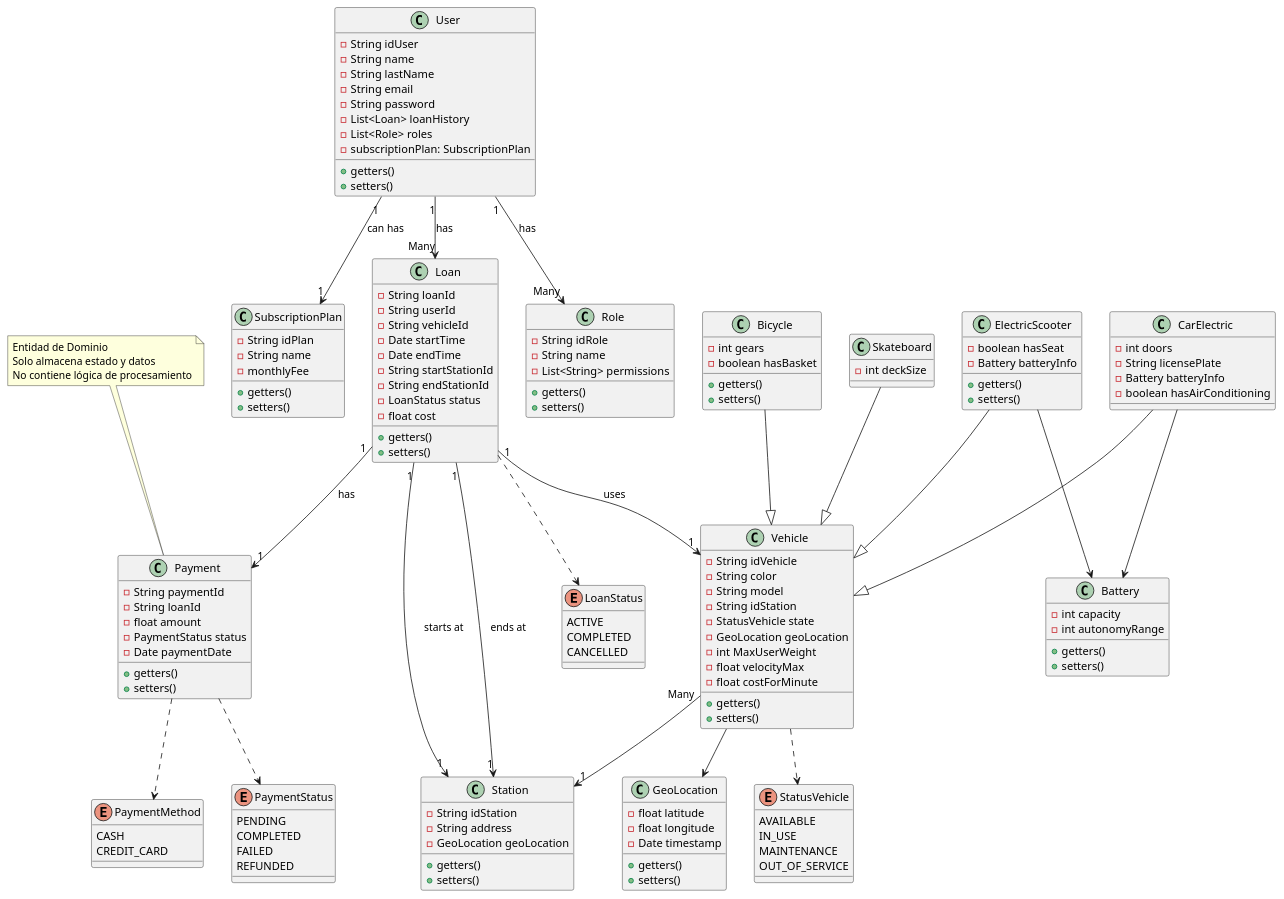
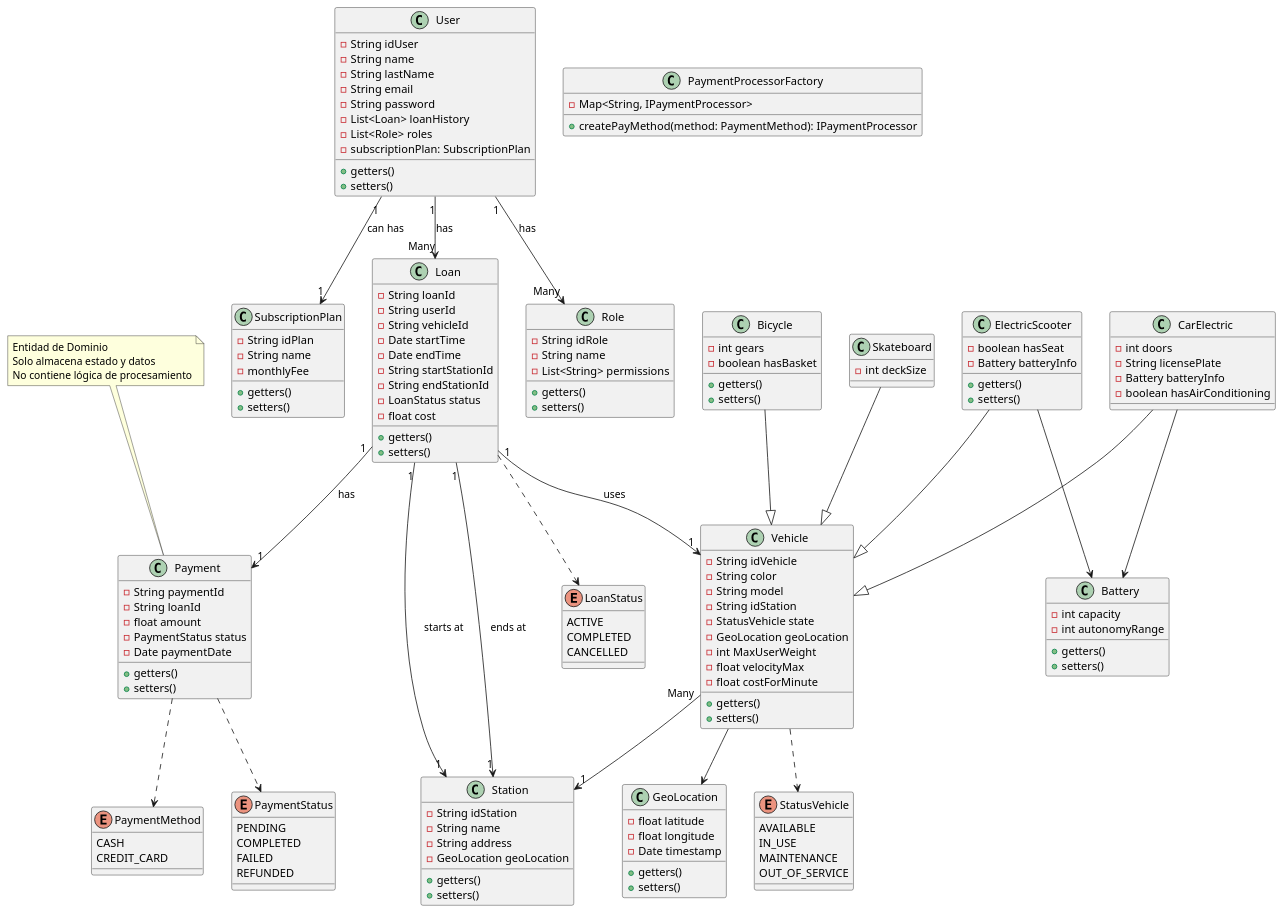
The diagram in Backend/src/presentation/views/uml.wsd (david123456858/Practice-patterns), drawn with PlantUML before and after one commit. The commit also changed 23 other files, not shown here.

```diff
--- a/Backend/src/presentation/views/uml.wsd
+++ b/Backend/src/presentation/views/uml.wsd
@@ -31,6 +31,7 @@
 
 class Station{
     - String idStation
+    - String name
     - String address      
     - GeoLocation geoLocation
     + getters()
@@ -172,17 +173,17 @@
     CREDIT_CARD
 }
 
+
+
+class PaymentProcessorFactory{
+    - Map<String, IPaymentProcessor>
+    + createPayMethod(method: PaymentMethod): IPaymentProcessor
+}
+
 ' interface IPaymentProcessor{
 '     + doPay(payment: Payment): PaymentStatus
 '     + updatePay(payment: Payment): PaymentStatus
 ' }
-
-' class PaymentProcessorFactory{
-'     - Map<String, IPaymentProcessor>
-'     + createPayMethod(method: PaymentMethod): IPaymentProcessor
-' }
-
-
 ' class CashPaymentProcessor{
 
 ' }
@@ -202,6 +203,7 @@
 ' CashPaymentProcessor ..|> IPaymentProcessor
 ' CreditCardPaymentProcessor ..|> IPaymentProcessor
 ' PaymentProcessorFactory --> IPaymentProcessor
+' PaymentProcessorFactory ..> PaymentMethod : use
 
 ' note right of IPaymentProcessor
 '   Capa de Servicio/Aplicación
```
